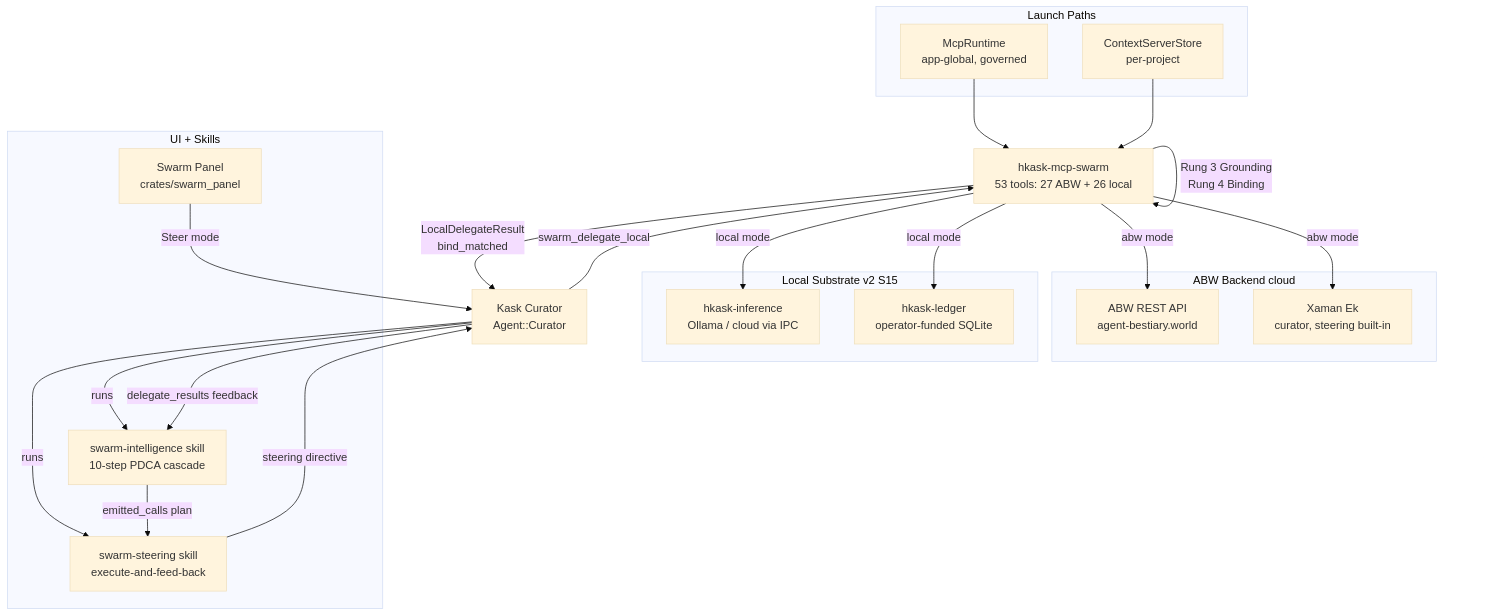
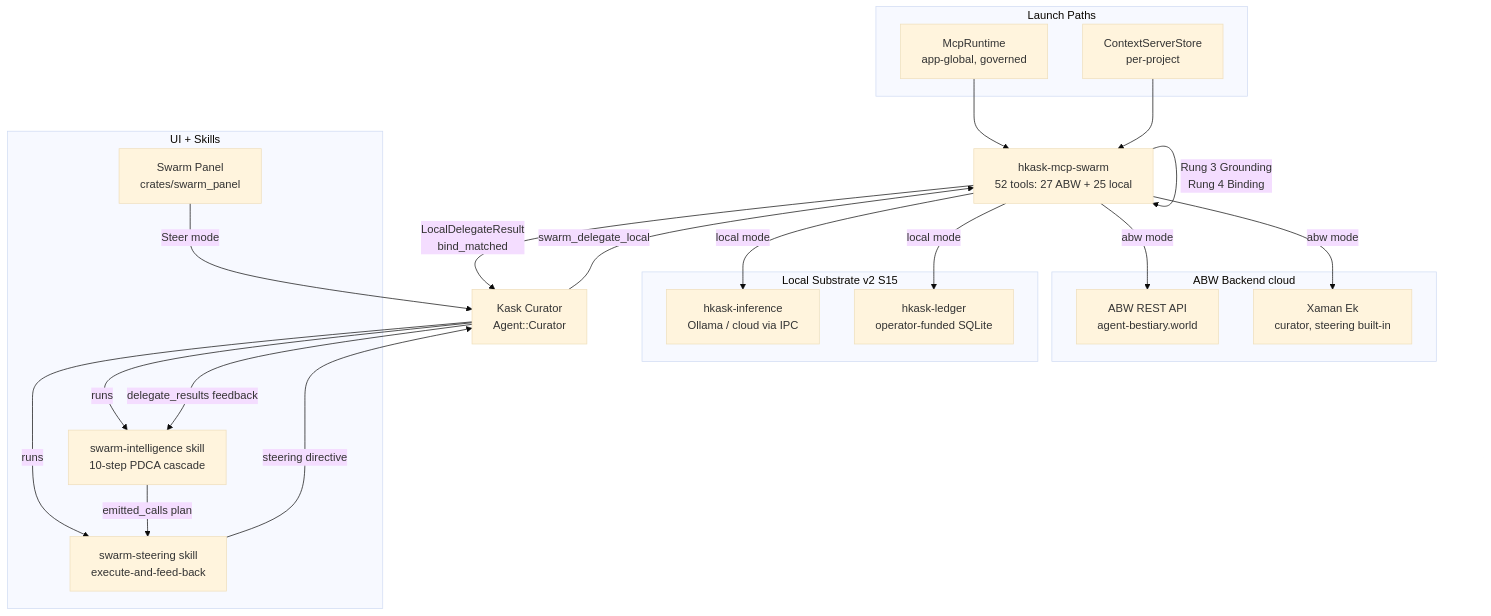
The diagram in kask/docs/diagrams/flowchart-swarm-architecture.md (mdz-axo/zed-kask), drawn with Mermaid (base theme) before and after one commit. The commit also changed other lines of this file and 21 other files, not shown here.

````diff
--- a/kask/docs/diagrams/flowchart-swarm-architecture.md
+++ b/kask/docs/diagrams/flowchart-swarm-architecture.md
@@ -15,40 +15,40 @@
 ```mermaid
 flowchart TD
     subgraph launch[Launch Paths]
         MR[McpRuntime<br/>app-global, governed]
         CS[ContextServerStore<br/>per-project]
     end
-    SWARM[hkask-mcp-swarm<br/>53 tools: 27 ABW + 26 local]
+    SWARM[hkask-mcp-swarm<br/>52 tools: 27 ABW + 25 local]
     MR --> SWARM
     CS --> SWARM
 
     subgraph abw[ABW Backend cloud]
         ABW_API[ABW REST API<br/>agent-bestiary.world]
         XAMAN[Xaman Ek<br/>curator, steering built-in]
     end
 
     subgraph local[Local Substrate v2 S15]
         INF[hkask-inference<br/>Ollama / cloud via IPC]
         LEDGER[hkask-ledger<br/>operator-funded SQLite]
     end
 
     SWARM -->|abw mode| ABW_API
     SWARM -->|abw mode| XAMAN
     SWARM -->|local mode| INF
     SWARM -->|local mode| LEDGER
 
     subgraph ui[UI + Skills]
         PANEL[Swarm Panel<br/>crates/swarm_panel]
         SI[swarm-intelligence skill<br/>10-step PDCA cascade]
         SS[swarm-steering skill<br/>execute-and-feed-back]
     end
     PANEL -->|Steer mode| CURATOR[Kask Curator<br/>Agent::Curator]
     CURATOR -->|runs| SI
     CURATOR -->|runs| SS
     SI -->|emitted_calls plan| SS
     SS -->|steering directive| CURATOR
     CURATOR -->|swarm_delegate_local| SWARM
     SWARM -->|Rung 3 Grounding<br/>Rung 4 Binding| SWARM
     SWARM -->|LocalDelegateResult<br/>bind_matched| CURATOR
     CURATOR -->|delegate_results feedback| SI
 ```
````
